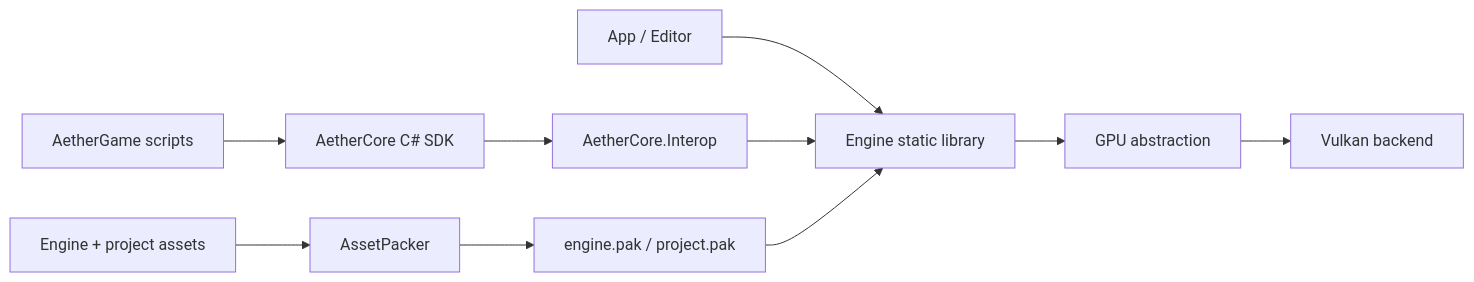
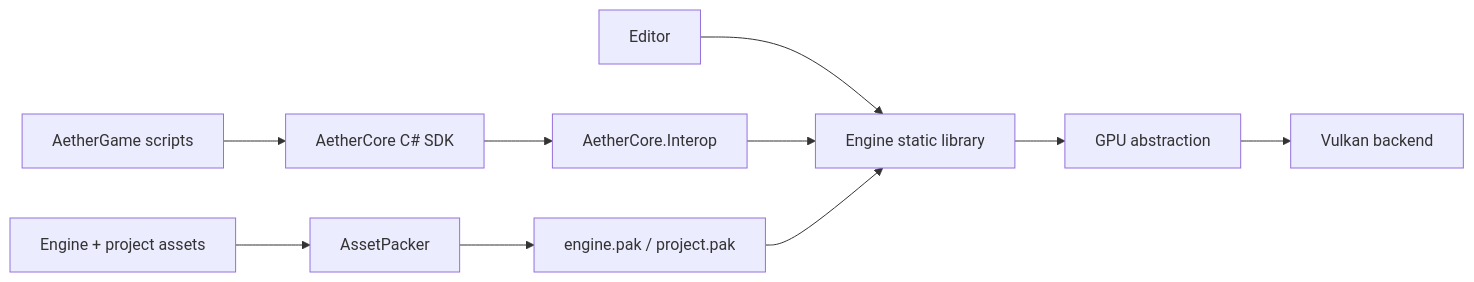
The diagram in README.md (AlexMollard/AetherCore), drawn with Mermaid before and after one commit. The commit also changed other lines of this file and 24 other files, not shown here.

````diff
--- a/README.md
+++ b/README.md
@@ -147,12 +147,12 @@
 ```mermaid
 flowchart LR
-    Editor["App / Editor"] --> Engine["Engine static library"]
+    Editor["Editor"] --> Engine["Engine static library"]
     Scripts["AetherGame scripts"] --> SDK["AetherCore C# SDK"]
     SDK --> Interop["AetherCore.Interop"]
     Interop --> Engine
     Engine --> GPU["GPU abstraction"]
     GPU --> Vulkan["Vulkan backend"]
     Source["Engine + project assets"] --> Packer["AssetPacker"]
     Packer --> VFS["engine.pak / project.pak"]
     VFS --> Engine
 ```
````
